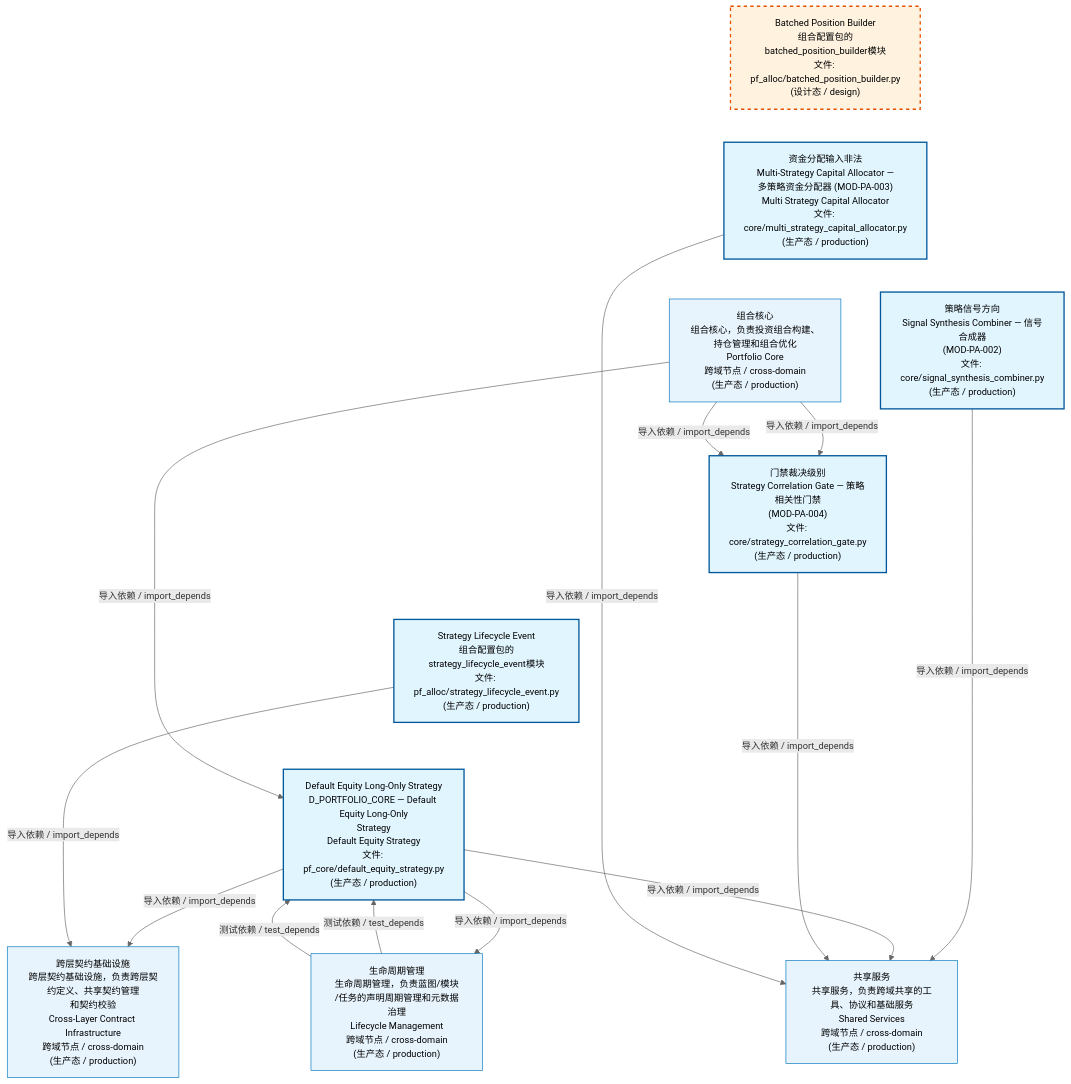
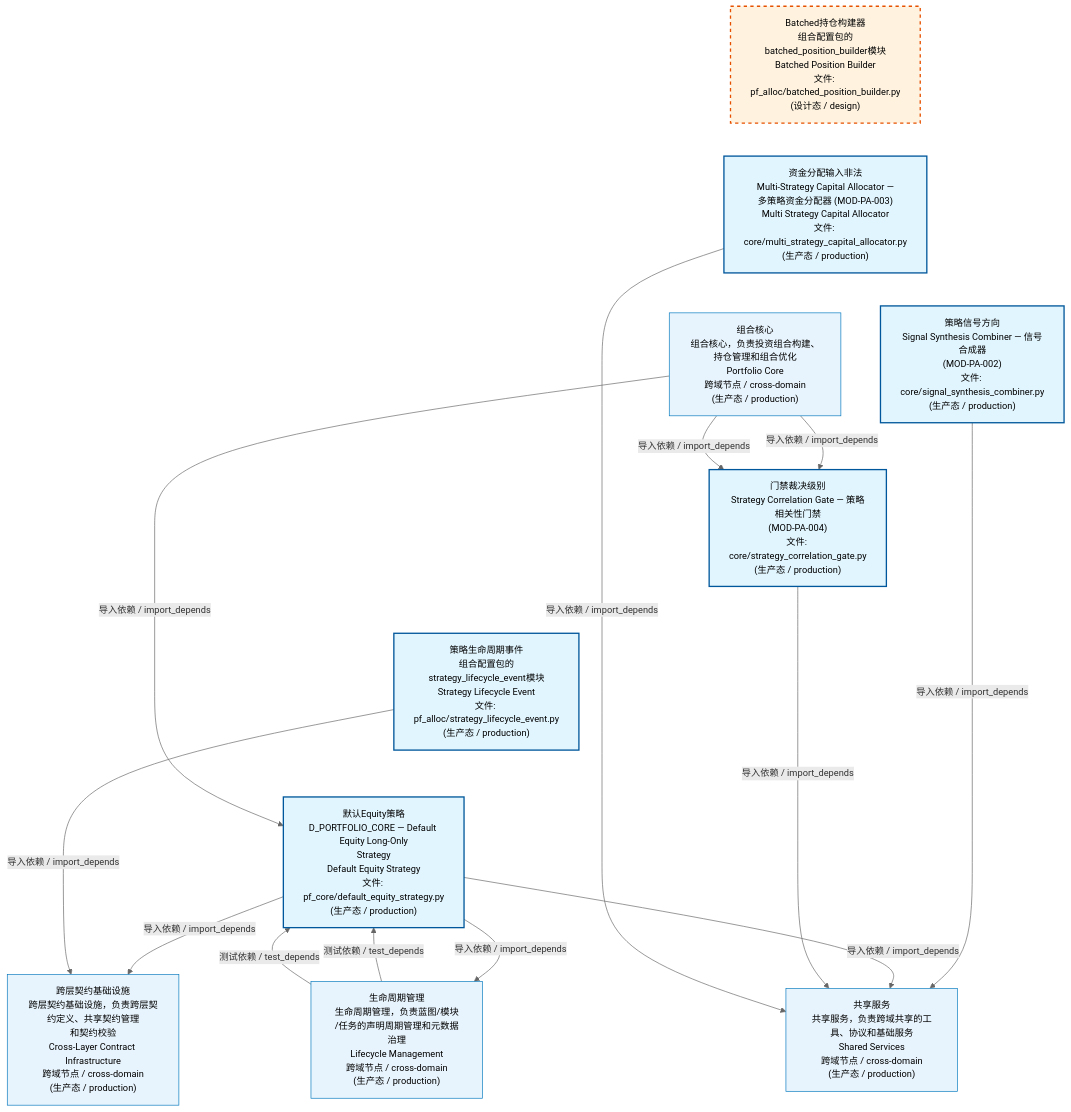
The first of 4 diagrams in docs/02_enterprise_architecture/02_domain_architecture_docs/62_d_pf_alloc.md (xuanFelixVan/ZephyrAlpha), drawn with Mermaid before and after one commit. The commit also changed other lines of this file and 56 other files, not shown here.

````diff
--- a/docs/02_enterprise_architecture/02_domain_architecture_docs/62_d_pf_alloc.md
+++ b/docs/02_enterprise_architecture/02_domain_architecture_docs/62_d_pf_alloc.md
@@ -53,38 +53,38 @@
 ```mermaid
 %%{init: {'theme': 'base', 'themeVariables': {'primaryColor': '#eaeaea', 'primaryTextColor': '#333333', 'primaryBorderColor': '#666666', 'lineColor': '#666666', 'secondaryColor': '#eaeaea', 'tertiaryColor': '#eaeaea', 'fontSize': '14px'}}}%%
 flowchart TD
-    src_zephyr_pf_alloc_batched_position_builder_py["Batched Position Builder<br/>组合配置包的batched_position_builder模块<br/>文件: pf_alloc/batched_position_builder.py<br/>(设计态 / design)"]
+    src_zephyr_pf_alloc_batched_position_builder_py["Batched持仓构建器<br/>组合配置包的batched_position_builder模块<br/>Batched Position Builder<br/>文件: pf_alloc/batched_position_builder.py<br/>(设计态 / design)"]
     src_zephyr_pf_alloc_core_multi_strategy_capital_allocator_py["资金分配输入非法<br/>Multi-Strategy Capital Allocator —<br/>多策略资金分配器 (MOD-PA-003)<br/>Multi Strategy Capital Allocator<br/>文件: core/multi_strategy_capital_allocator.py<br/>(生产态 / production)"]
     src_zephyr_pf_alloc_core_signal_synthesis_combiner_py["策略信号方向<br/>Signal Synthesis Combiner — 信号合成器<br/>(MOD-PA-002)<br/>文件: core/signal_synthesis_combiner.py<br/>(生产态 / production)"]
     src_zephyr_pf_alloc_core_strategy_correlation_gate_py["门禁裁决级别<br/>Strategy Correlation Gate — 策略相关性门禁<br/>(MOD-PA-004)<br/>文件: core/strategy_correlation_gate.py<br/>(生产态 / production)"]
-    src_zephyr_pf_alloc_strategy_lifecycle_event_py["Strategy Lifecycle Event<br/>组合配置包的strategy_lifecycle_event模块<br/>文件: pf_alloc/strategy_lifecycle_event.py<br/>(生产态 / production)"]
-    src_zephyr_pf_core_default_equity_strategy_py["Default Equity Long-Only Strategy<br/>D_PORTFOLIO_CORE — Default Equity Long-Only<br/>Strategy<br/>Default Equity Strategy<br/>文件: pf_core/default_equity_strategy.py<br/>(生产态 / production)"]
+    src_zephyr_pf_alloc_strategy_lifecycle_event_py["策略生命周期事件<br/>组合配置包的strategy_lifecycle_event模块<br/>Strategy Lifecycle Event<br/>文件: pf_alloc/strategy_lifecycle_event.py<br/>(生产态 / production)"]
+    src_zephyr_pf_core_default_equity_strategy_py["默认Equity策略<br/>D_PORTFOLIO_CORE — Default Equity Long-Only<br/>Strategy<br/>Default Equity Strategy<br/>文件: pf_core/default_equity_strategy.py<br/>(生产态 / production)"]
     src_zephyr_pf_alloc_batched_position_builder_py ~~~ src_zephyr_pf_alloc_core_multi_strategy_capital_allocator_py
     src_zephyr_pf_alloc_core_multi_strategy_capital_allocator_py ~~~ src_zephyr_pf_alloc_core_signal_synthesis_combiner_py
     src_zephyr_pf_alloc_core_signal_synthesis_combiner_py ~~~ src_zephyr_pf_alloc_core_strategy_correlation_gate_py
     src_zephyr_pf_alloc_core_strategy_correlation_gate_py ~~~ src_zephyr_pf_alloc_strategy_lifecycle_event_py
     src_zephyr_pf_alloc_strategy_lifecycle_event_py ~~~ src_zephyr_pf_core_default_equity_strategy_py
     D_SHARED["共享服务<br/>共享服务，负责跨域共享的工具、协议和基础服务<br/>Shared Services<br/>跨域节点 / cross-domain<br/>(生产态 / production)"]
     src_zephyr_pf_alloc_core_signal_synthesis_combiner_py -->|导入依赖 / import_depends| D_SHARED
     D_GOVERNANCE["生命周期管理<br/>生命周期管理，负责蓝图/模块<br/>/任务的声明周期管理和元数据治理<br/>Lifecycle Management<br/>跨域节点 / cross-domain<br/>(生产态 / production)"]
     src_zephyr_pf_core_default_equity_strategy_py -->|导入依赖 / import_depends| D_GOVERNANCE
     src_zephyr_pf_core_default_equity_strategy_py -->|导入依赖 / import_depends| D_SHARED
     src_zephyr_pf_alloc_core_strategy_correlation_gate_py -->|导入依赖 / import_depends| D_SHARED
     src_zephyr_pf_alloc_core_multi_strategy_capital_allocator_py -->|导入依赖 / import_depends| D_SHARED
     D_INFRASTRUCTURE["跨层契约基础设施<br/>跨层契约基础设施，负责跨层契约定义、共享契约管理<br/>和契约校验<br/>Cross-Layer Contract Infrastructure<br/>跨域节点 / cross-domain<br/>(生产态 / production)"]
     src_zephyr_pf_core_default_equity_strategy_py -->|导入依赖 / import_depends| D_INFRASTRUCTURE
     src_zephyr_pf_alloc_strategy_lifecycle_event_py -->|导入依赖 / import_depends| D_INFRASTRUCTURE
     D_PF_CORE["组合核心<br/>组合核心，负责投资组合构建、持仓管理和组合优化<br/>Portfolio Core<br/>跨域节点 / cross-domain<br/>(生产态 / production)"]
     D_PF_CORE -->|导入依赖 / import_depends| src_zephyr_pf_alloc_core_strategy_correlation_gate_py
     D_GOVERNANCE -->|测试依赖 / test_depends| src_zephyr_pf_core_default_equity_strategy_py
     D_GOVERNANCE -->|测试依赖 / test_depends| src_zephyr_pf_core_default_equity_strategy_py
     D_PF_CORE -->|导入依赖 / import_depends| src_zephyr_pf_alloc_core_strategy_correlation_gate_py
     D_PF_CORE -->|导入依赖 / import_depends| src_zephyr_pf_core_default_equity_strategy_py
     classDef production fill:#e1f5fe,stroke:#01579b,stroke-width:2px,color:#000
     classDef design fill:#fff3e0,stroke:#e65100,stroke-width:2px,color:#000,stroke-dasharray: 5 5
     classDef external_prod fill:#e8f4fd,stroke:#0277bd,stroke-width:1px,color:#000
     classDef external_design fill:#fff8e7,stroke:#ef6c00,stroke-width:1px,color:#000,stroke-dasharray: 5 5
     class src_zephyr_pf_alloc_core_multi_strategy_capital_allocator_py,src_zephyr_pf_alloc_core_signal_synthesis_combiner_py,src_zephyr_pf_alloc_core_strategy_correlation_gate_py,src_zephyr_pf_alloc_strategy_lifecycle_event_py,src_zephyr_pf_core_default_equity_strategy_py production
     class src_zephyr_pf_alloc_batched_position_builder_py design
     class D_SHARED,D_GOVERNANCE,D_INFRASTRUCTURE,D_PF_CORE external_prod
 ```
````
